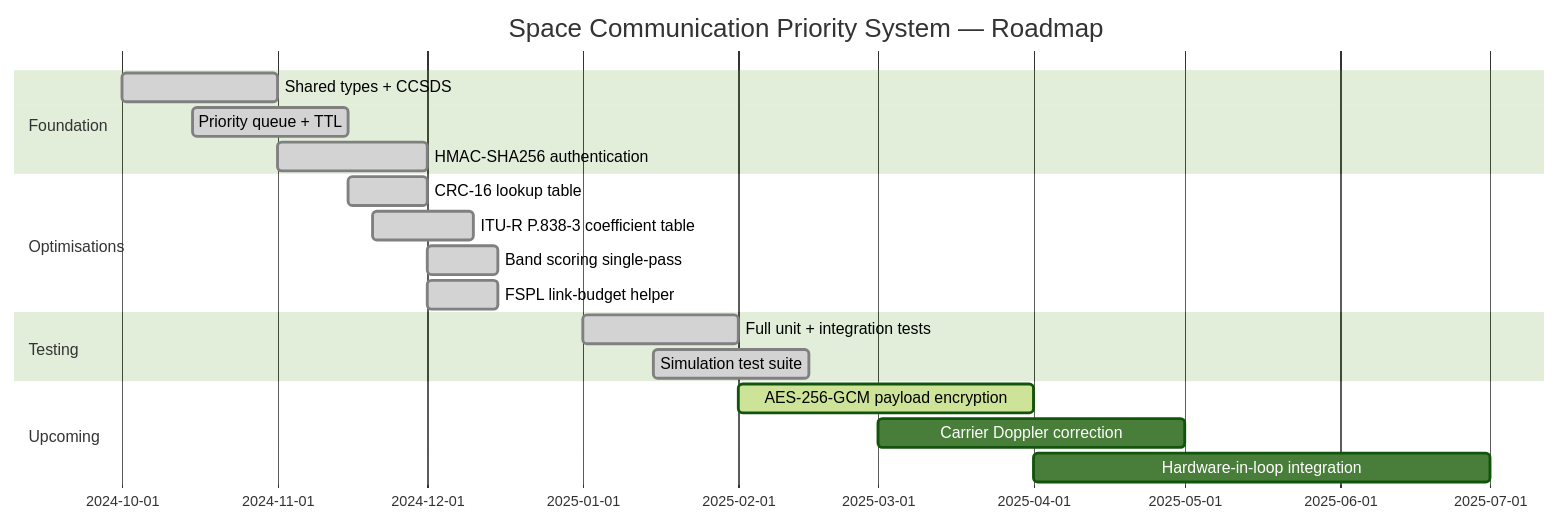
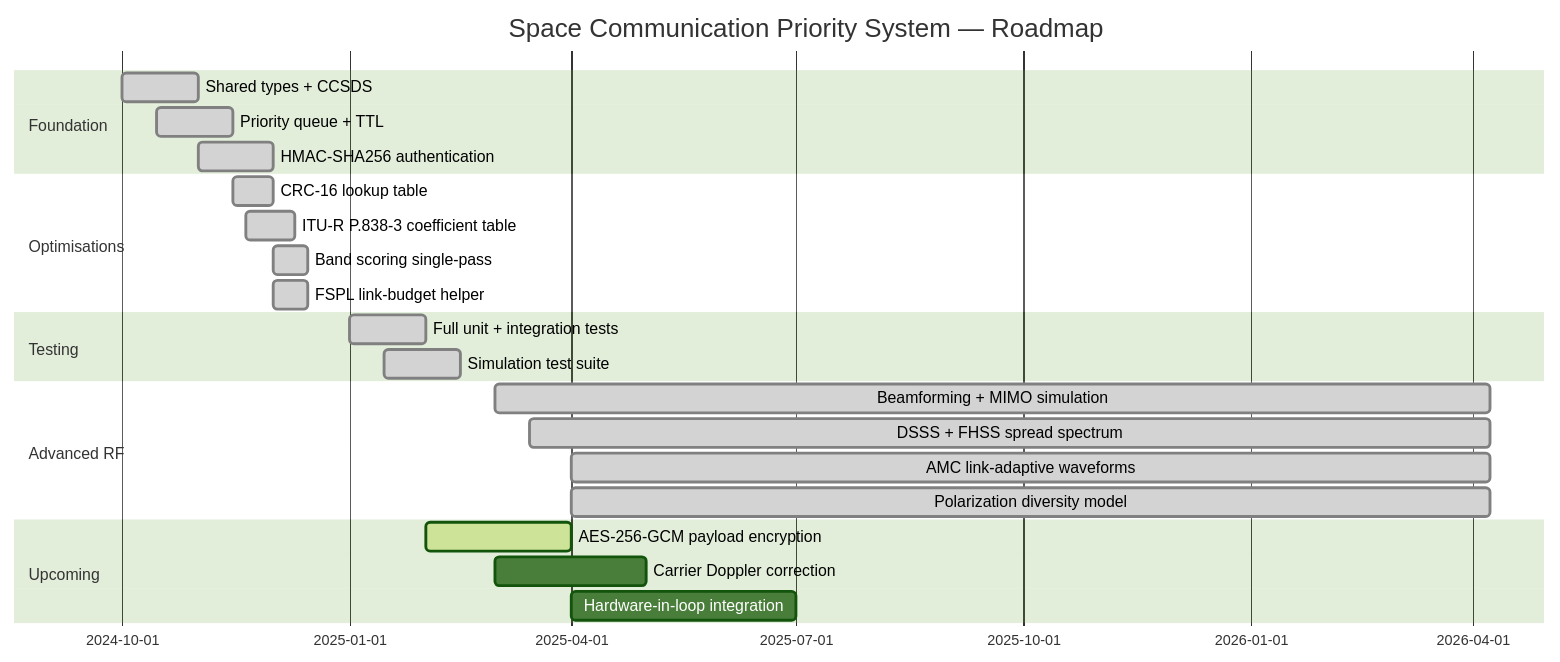
One commit to hkevin01/space-data-project changed the fifth of 5 diagrams in README.md. Above: the diagram before and after it, drawn with Mermaid (forest theme). The commit also changed other lines of this file and 3 other files, not shown here.

````diff
--- a/README.md
+++ b/README.md
@@ -513,21 +666,26 @@
 ```mermaid
 gantt
     title Space Communication Priority System — Roadmap
     dateFormat  YYYY-MM-DD
     section Foundation
     Shared types + CCSDS           :done,   f1, 2024-10-01, 2024-11-01
     Priority queue + TTL           :done,   f2, 2024-10-15, 2024-11-15
     HMAC-SHA256 authentication     :done,   f3, 2024-11-01, 2024-12-01
     section Optimisations
     CRC-16 lookup table            :done,   o1, 2024-11-15, 2024-12-01
     ITU-R P.838-3 coefficient table:done,   o2, 2024-11-20, 2024-12-10
     Band scoring single-pass       :done,   o3, 2024-12-01, 2024-12-15
     FSPL link-budget helper        :done,   o4, 2024-12-01, 2024-12-15
     section Testing
     Full unit + integration tests  :done,   t1, 2025-01-01, 2025-02-01
     Simulation test suite          :done,   t2, 2025-01-15, 2025-02-15
+    section Advanced RF
+    Beamforming + MIMO simulation   :done,   a1, 2025-03-01, 2026-04-08
+    DSSS + FHSS spread spectrum     :done,   a2, 2025-03-15, 2026-04-08
+    AMC link-adaptive waveforms     :done,   a3, 2025-04-01, 2026-04-08
+    Polarization diversity model    :done,   a4, 2025-04-01, 2026-04-08
     section Upcoming
     AES-256-GCM payload encryption :active, u1, 2025-02-01, 2025-04-01
     Carrier Doppler correction      :        u2, 2025-03-01, 2025-05-01
     Hardware-in-loop integration    :        u3, 2025-04-01, 2025-07-01
 ```
````
